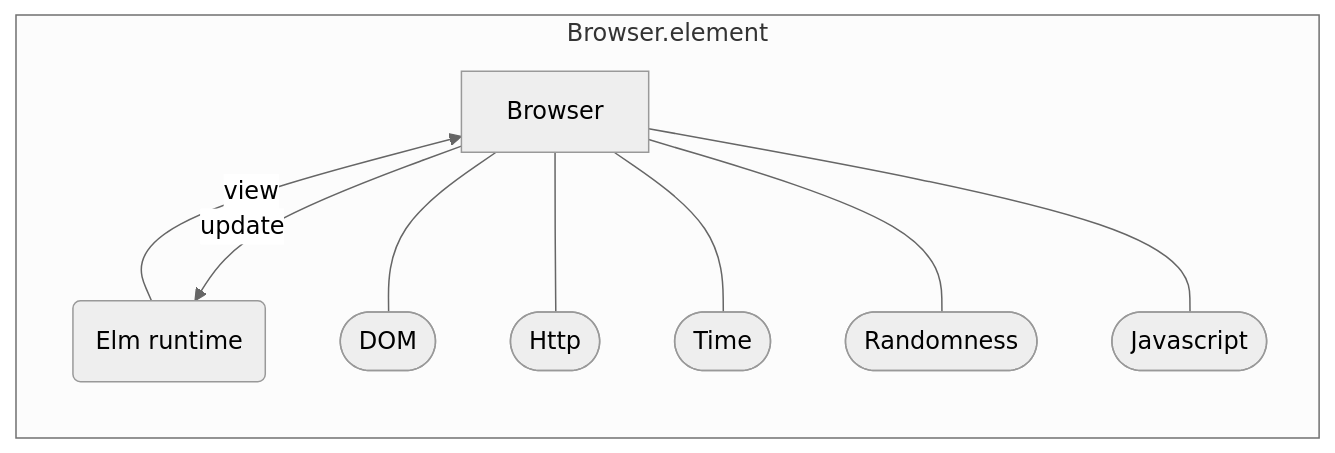
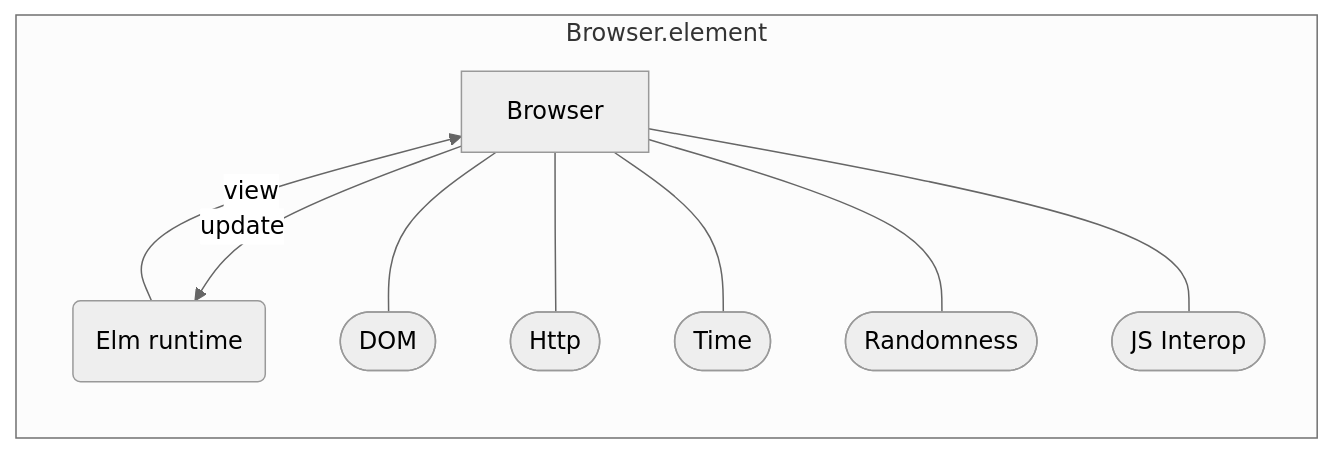
The second of 2 diagrams in slides/slides.md (enolive/intro-to-elm-architecture), drawn with Mermaid (neutral theme) before and after one commit. The commit also changed other lines of this file and 2 other files, not shown here.

````diff
--- a/slides/slides.md
+++ b/slides/slides.md
@@ -229,13 +231,13 @@
 ```mermaid
 flowchart TD
   subgraph Browser.element
     direction BT
     elm(Elm runtime) -->|view| Browser
     d([DOM]) --- Browser
     h([Http]) --- Browser
     t([Time]) --- Browser
     r([Randomness]) --- Browser
-    j([Javascript]) --- Browser
+    j([JS Interop]) --- Browser
     Browser -->|update| elm
   end
 ```
````
